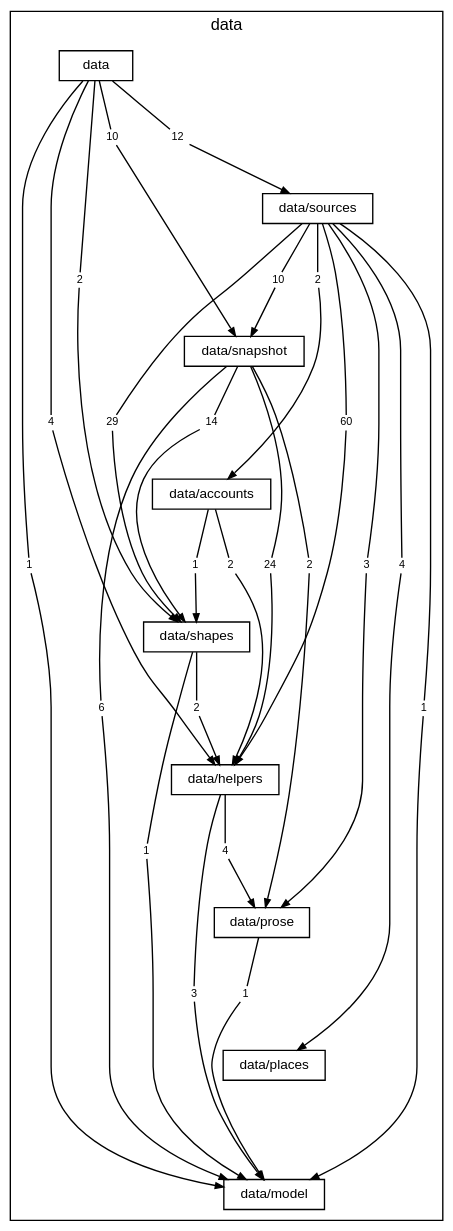
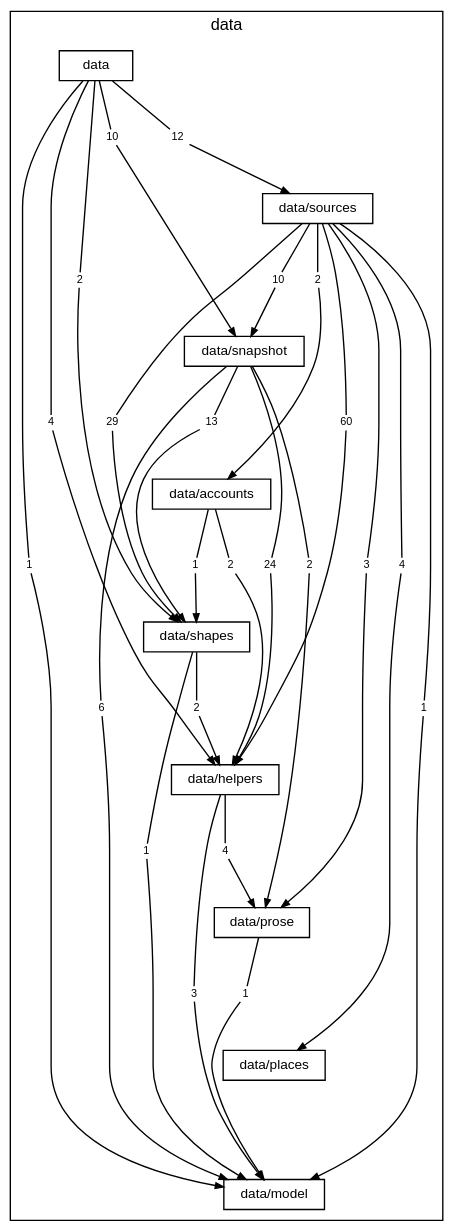
Before and after one commit to TheAxeC/oculus: the diagram in docs/diagrams/layer-data.dot, drawn with Graphviz. The commit also changed 46 other files, not shown here.

```diff
--- a/docs/diagrams/layer-data.dot
+++ b/docs/diagrams/layer-data.dot
@@ -1,94 +1,94 @@
 digraph layer_data {
     graph [bgcolor="transparent", rankdir=TB, newrank=true, mclimit=4, fontname="Helvetica", fontsize=12, nodesep=0.2, ranksep=0.5];
     node [shape=box, color="black", fontcolor="black", fontname="Helvetica", fontsize=10, height=0.3, margin="0.12,0.04"];
     edge [color="black", fontcolor="black", fontname="Helvetica", fontsize=8, arrowsize=0.6];
     subgraph "cluster_data" {
         label="data"; style=solid;
         "folder data" [label="data"];
         "folder data/sources" [label="data/sources"];
         "folder data/snapshot" [label="data/snapshot"];
         "folder data/accounts" [label="data/accounts"];
         "folder data/shapes" [label="data/shapes"];
         "folder data/helpers" [label="data/helpers"];
         "folder data/prose" [label="data/prose"];
         "folder data/places" [label="data/places"];
         "folder data/model" [label="data/model"];
         "folder data to folder data/helpers" [label="4", shape=box, color="transparent", fontsize=8, width=0, height=0, margin="0.04,0.02"];
         "folder data to folder data/model" [label="1", shape=box, color="transparent", fontsize=8, width=0, height=0, margin="0.04,0.02"];
         "folder data to folder data/shapes" [label="2", shape=box, color="transparent", fontsize=8, width=0, height=0, margin="0.04,0.02"];
         "folder data to folder data/snapshot" [label="10", shape=box, color="transparent", fontsize=8, width=0, height=0, margin="0.04,0.02"];
         "folder data to folder data/sources" [label="12", shape=box, color="transparent", fontsize=8, width=0, height=0, margin="0.04,0.02"];
         "folder data/sources to folder data/accounts" [label="2", shape=box, color="transparent", fontsize=8, width=0, height=0, margin="0.04,0.02"];
         "folder data/sources to folder data/helpers" [label="60", shape=box, color="transparent", fontsize=8, width=0, height=0, margin="0.04,0.02"];
         "folder data/sources to folder data/model" [label="1", shape=box, color="transparent", fontsize=8, width=0, height=0, margin="0.04,0.02"];
         "folder data/sources to folder data/places" [label="4", shape=box, color="transparent", fontsize=8, width=0, height=0, margin="0.04,0.02"];
         "folder data/sources to folder data/prose" [label="3", shape=box, color="transparent", fontsize=8, width=0, height=0, margin="0.04,0.02"];
         "folder data/sources to folder data/shapes" [label="29", shape=box, color="transparent", fontsize=8, width=0, height=0, margin="0.04,0.02"];
         "folder data/sources to folder data/snapshot" [label="10", shape=box, color="transparent", fontsize=8, width=0, height=0, margin="0.04,0.02"];
         "folder data/snapshot to folder data/helpers" [label="24", shape=box, color="transparent", fontsize=8, width=0, height=0, margin="0.04,0.02"];
         "folder data/snapshot to folder data/model" [label="6", shape=box, color="transparent", fontsize=8, width=0, height=0, margin="0.04,0.02"];
         "folder data/snapshot to folder data/prose" [label="2", shape=box, color="transparent", fontsize=8, width=0, height=0, margin="0.04,0.02"];
-        "folder data/snapshot to folder data/shapes" [label="14", shape=box, color="transparent", fontsize=8, width=0, height=0, margin="0.04,0.02"];
+        "folder data/snapshot to folder data/shapes" [label="13", shape=box, color="transparent", fontsize=8, width=0, height=0, margin="0.04,0.02"];
         "folder data/accounts to folder data/helpers" [label="2", shape=box, color="transparent", fontsize=8, width=0, height=0, margin="0.04,0.02"];
         "folder data/accounts to folder data/shapes" [label="1", shape=box, color="transparent", fontsize=8, width=0, height=0, margin="0.04,0.02"];
         "folder data/shapes to folder data/helpers" [label="2", shape=box, color="transparent", fontsize=8, width=0, height=0, margin="0.04,0.02"];
         "folder data/shapes to folder data/model" [label="1", shape=box, color="transparent", fontsize=8, width=0, height=0, margin="0.04,0.02"];
         "folder data/helpers to folder data/model" [label="3", shape=box, color="transparent", fontsize=8, width=0, height=0, margin="0.04,0.02"];
         "folder data/helpers to folder data/prose" [label="4", shape=box, color="transparent", fontsize=8, width=0, height=0, margin="0.04,0.02"];
         "folder data/prose to folder data/model" [label="1", shape=box, color="transparent", fontsize=8, width=0, height=0, margin="0.04,0.02"];
     }
     "folder data" -> "folder data/sources" [style=invis, weight=10, minlen=2];
     "folder data/sources" -> "folder data/snapshot" [style=invis, weight=10, minlen=2];
     "folder data/snapshot" -> "folder data/accounts" [style=invis, weight=10, minlen=2];
     "folder data/accounts" -> "folder data/shapes" [style=invis, weight=10, minlen=2];
     "folder data/shapes" -> "folder data/helpers" [style=invis, weight=10, minlen=2];
     "folder data/helpers" -> "folder data/prose" [style=invis, weight=10, minlen=2];
     "folder data/prose" -> "folder data/places" [style=invis, weight=10, minlen=2];
     "folder data/places" -> "folder data/model" [style=invis, weight=10, minlen=2];
     "folder data" -> "folder data to folder data/helpers" [arrowhead=none, minlen=5, weight=10];
     "folder data to folder data/helpers" -> "folder data/helpers" [];
     "folder data" -> "folder data to folder data/model" [arrowhead=none, minlen=7, weight=10];
     "folder data to folder data/model" -> "folder data/model" [];
     "folder data" -> "folder data to folder data/shapes" [arrowhead=none, minlen=3, weight=10];
     "folder data to folder data/shapes" -> "folder data/shapes" [];
     "folder data" -> "folder data to folder data/snapshot" [arrowhead=none, minlen=1, weight=10];
     "folder data to folder data/snapshot" -> "folder data/snapshot" [];
     "folder data" -> "folder data to folder data/sources" [arrowhead=none, minlen=1, weight=10];
     "folder data to folder data/sources" -> "folder data/sources" [];
     "folder data/sources" -> "folder data/sources to folder data/accounts" [arrowhead=none, minlen=1, weight=10];
     "folder data/sources to folder data/accounts" -> "folder data/accounts" [];
     "folder data/sources" -> "folder data/sources to folder data/helpers" [arrowhead=none, minlen=3, weight=10];
     "folder data/sources to folder data/helpers" -> "folder data/helpers" [];
     "folder data/sources" -> "folder data/sources to folder data/model" [arrowhead=none, minlen=7, weight=10];
     "folder data/sources to folder data/model" -> "folder data/model" [];
     "folder data/sources" -> "folder data/sources to folder data/places" [arrowhead=none, minlen=5, weight=10];
     "folder data/sources to folder data/places" -> "folder data/places" [];
     "folder data/sources" -> "folder data/sources to folder data/prose" [arrowhead=none, minlen=5, weight=10];
     "folder data/sources to folder data/prose" -> "folder data/prose" [];
     "folder data/sources" -> "folder data/sources to folder data/shapes" [arrowhead=none, minlen=3, weight=10];
     "folder data/sources to folder data/shapes" -> "folder data/shapes" [];
     "folder data/sources" -> "folder data/sources to folder data/snapshot" [arrowhead=none, minlen=1, weight=10];
     "folder data/sources to folder data/snapshot" -> "folder data/snapshot" [];
     "folder data/snapshot" -> "folder data/snapshot to folder data/helpers" [arrowhead=none, minlen=3, weight=10];
     "folder data/snapshot to folder data/helpers" -> "folder data/helpers" [];
     "folder data/snapshot" -> "folder data/snapshot to folder data/model" [arrowhead=none, minlen=5, weight=10];
     "folder data/snapshot to folder data/model" -> "folder data/model" [];
     "folder data/snapshot" -> "folder data/snapshot to folder data/prose" [arrowhead=none, minlen=3, weight=10];
     "folder data/snapshot to folder data/prose" -> "folder data/prose" [];
     "folder data/snapshot" -> "folder data/snapshot to folder data/shapes" [arrowhead=none, minlen=1, weight=10];
     "folder data/snapshot to folder data/shapes" -> "folder data/shapes" [];
     "folder data/accounts" -> "folder data/accounts to folder data/helpers" [arrowhead=none, minlen=1, weight=10];
     "folder data/accounts to folder data/helpers" -> "folder data/helpers" [];
     "folder data/accounts" -> "folder data/accounts to folder data/shapes" [arrowhead=none, minlen=1, weight=10];
     "folder data/accounts to folder data/shapes" -> "folder data/shapes" [];
     "folder data/shapes" -> "folder data/shapes to folder data/helpers" [arrowhead=none, minlen=1, weight=10];
     "folder data/shapes to folder data/helpers" -> "folder data/helpers" [];
     "folder data/shapes" -> "folder data/shapes to folder data/model" [arrowhead=none, minlen=3, weight=10];
     "folder data/shapes to folder data/model" -> "folder data/model" [];
     "folder data/helpers" -> "folder data/helpers to folder data/model" [arrowhead=none, minlen=3, weight=10];
     "folder data/helpers to folder data/model" -> "folder data/model" [];
     "folder data/helpers" -> "folder data/helpers to folder data/prose" [arrowhead=none, minlen=1, weight=10];
     "folder data/helpers to folder data/prose" -> "folder data/prose" [];
     "folder data/prose" -> "folder data/prose to folder data/model" [arrowhead=none, minlen=1, weight=10];
     "folder data/prose to folder data/model" -> "folder data/model" [];
 }
```
